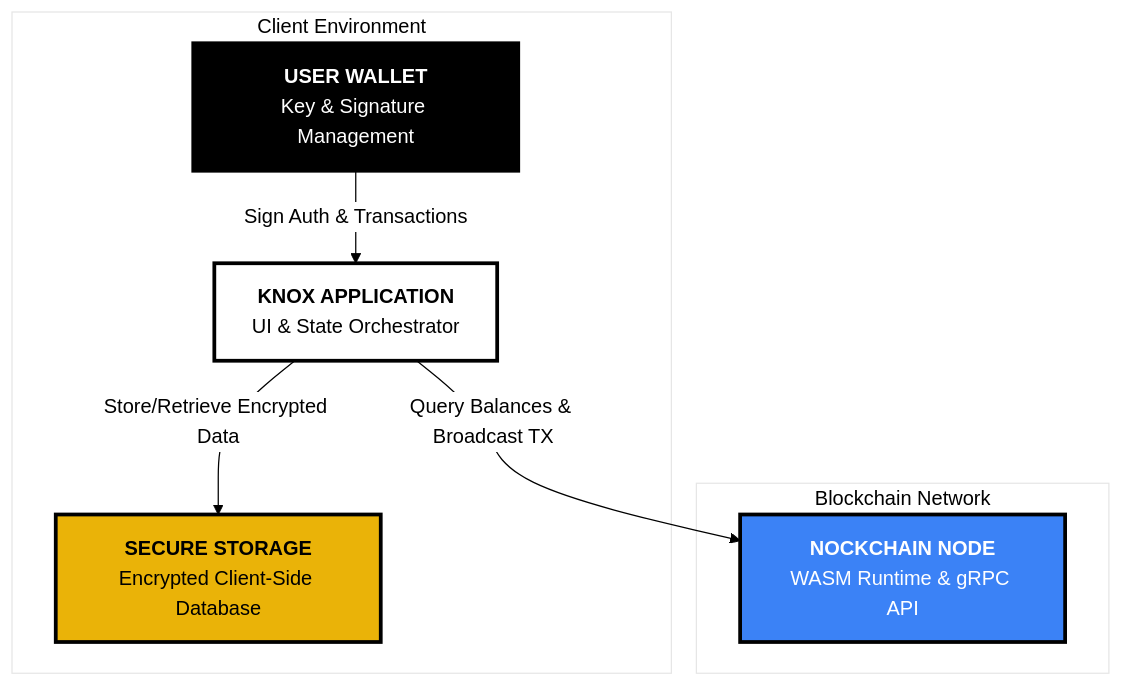
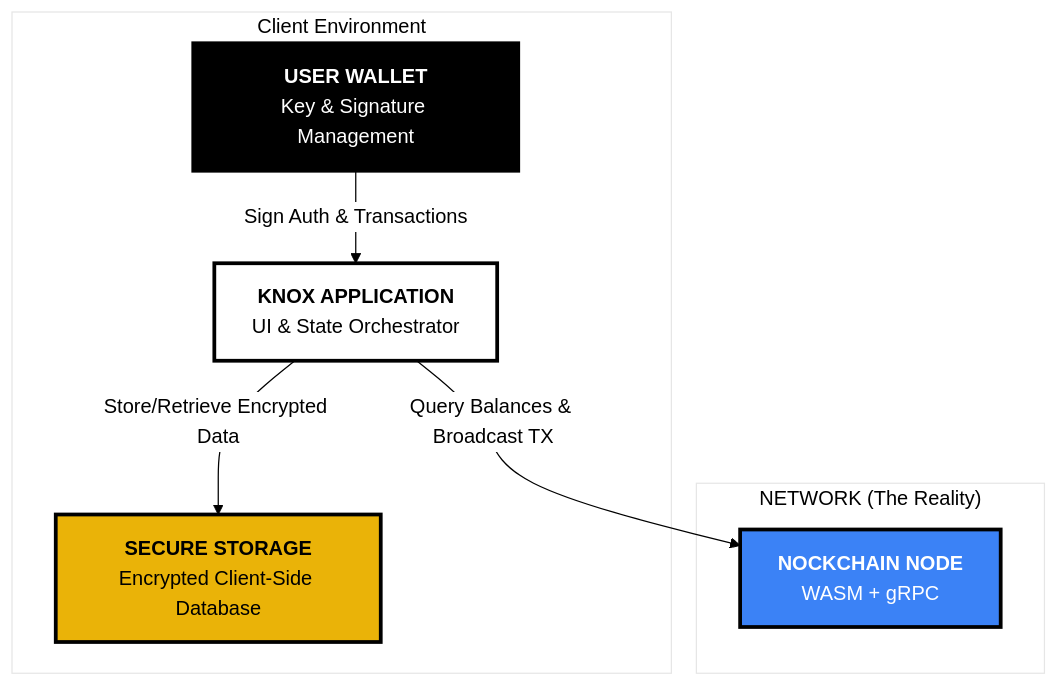
The first of 2 diagrams in README.md (Ebrahim-hamdy/knox), drawn with Mermaid before and after one commit.

Commit message:
chore: renaming core component graph

````diff
--- a/README.md
+++ b/README.md
@@ -28,22 +28,41 @@
 ```mermaid
 %%{ init: { 'theme': 'base', 'themeVariables': { 'background': '#f3f4f6', 'primaryColor': '#ffffff', 'primaryTextColor': '#000000', 'lineColor': '#000000', 'primaryBorderColor': '#000000' } } }%%
+
 graph TD
-    subgraph "Client Environment"
-        A[<b>USER WALLET</b><br/>Key & Signature Management]:::black
-        B[<b>KNOX APPLICATION</b><br/>UI & State Orchestrator]:::white
-        C[<b>SECURE STORAGE</b><br/>Encrypted Client-Side Database]:::yellow
-    end
 
-    subgraph "Blockchain Network"
-        D[<b>NOCKCHAIN NODE</b><br/>WASM Runtime & gRPC API]:::blue
-    end
+subgraph "Client Environment"
 
-    A -- "Sign Auth & Transactions" --> B
-    B -- "Store/Retrieve Encrypted Data" --> C
-    B -- "Query Balances & Broadcast TX" --> D
+A[<b>USER WALLET</b><br/>Key & Signature Management]:::black
 
-    classDef white fill:#fff,stroke:#000,stroke-width:3px;
-    classDef black fill:#000,stroke:#000,stroke-width:3px,color:#fff;
-    classDef blue fill:#3b82f6,stroke:#000,stroke-width:3px,color:#fff;
-    classDef yellow fill:#eab308,stroke:#000,stroke-width:3px;
+B[<b>KNOX APPLICATION</b><br/>UI & State Orchestrator]:::white
+
+C[<b>SECURE STORAGE</b><br/>Encrypted Client-Side Database]:::yellow
+
+end
+
+  
+
+subgraph "NETWORK (The Reality)"
+
+D[<b>NOCKCHAIN NODE</b><br/>WASM + gRPC]:::blue
+
+end
+
+  
+
+A -- "Sign Auth & Transactions" --> B
+
+B -- "Store/Retrieve Encrypted Data" --> C
+
+B -- "Query Balances & Broadcast TX" --> D
+
+  
+
+classDef white fill:#fff,stroke:#000,stroke-width:3px;
+
+classDef black fill:#000,stroke:#000,stroke-width:3px,color:#fff;
+
+classDef blue fill:#3b82f6,stroke:#000,stroke-width:3px,color:#fff;
+
+classDef yellow fill:#eab308,stroke:#000,stroke-width:3px;
 ```
````
